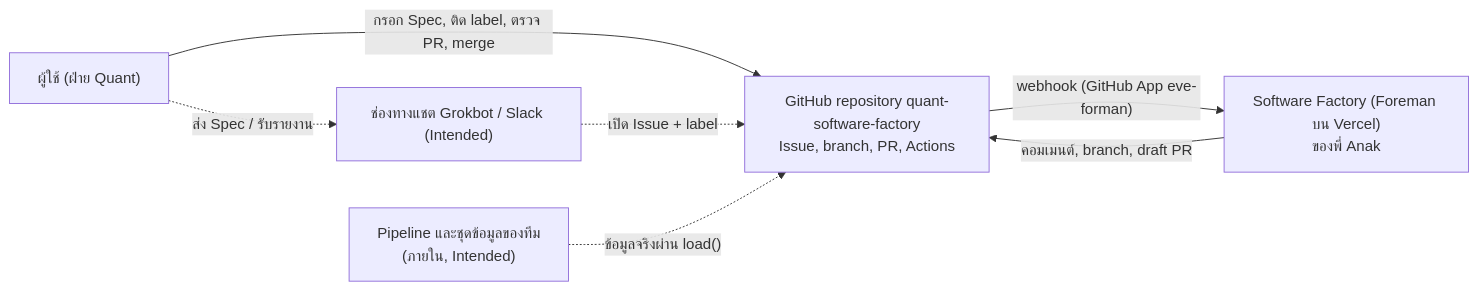
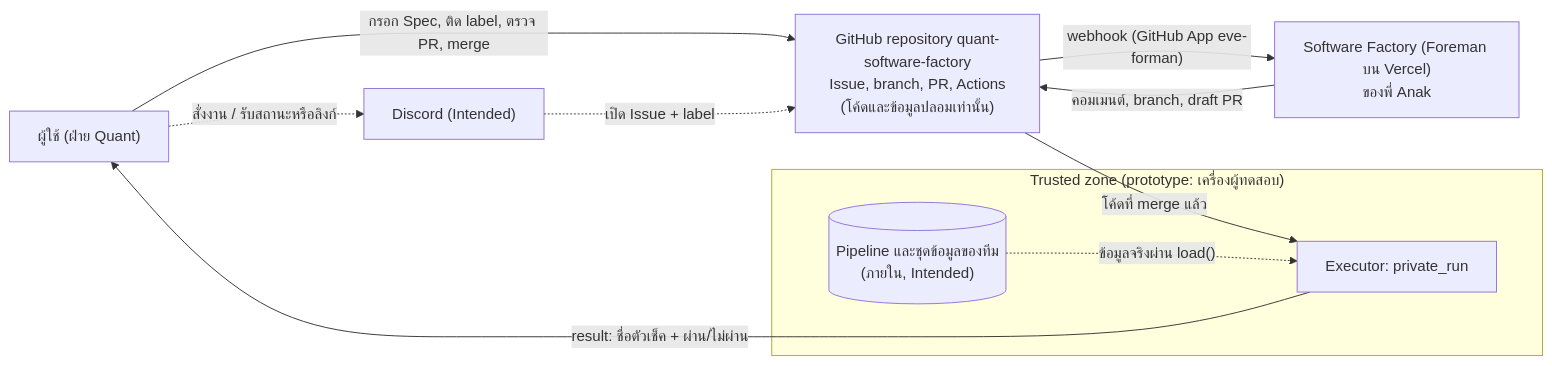
Before and after one commit to Awannaphasch2016/quant-software-factory: the third of 5 diagrams in docs/4-software-design.md, drawn with Mermaid. The commit also changed other lines of this file and 6 other files, not shown here.

````diff
--- a/docs/4-software-design.md
+++ b/docs/4-software-design.md
@@ -263,14 +264,19 @@
 ```mermaid
 flowchart LR
   U["ผู้ใช้ (ฝ่าย Quant)"]
-  CH["ช่องทางแชต Grokbot / Slack (Intended)"]
-  GH["GitHub repository quant-software-factory<br/>Issue, branch, PR, Actions"]
+  CH["Discord (Intended)"]
+  GH["GitHub repository quant-software-factory<br/>Issue, branch, PR, Actions<br/>(โค้ดและข้อมูลปลอมเท่านั้น)"]
   F["Software Factory (Foreman บน Vercel)<br/>ของพี่ Anak"]
-  P["Pipeline และชุดข้อมูลของทีม<br/>(ภายใน, Intended)"]
+  subgraph TZ["Trusted zone (prototype: เครื่องผู้ทดสอบ)"]
+    EX["Executor: private_run"]
+    P[("Pipeline และชุดข้อมูลของทีม<br/>(ภายใน, Intended)")]
+  end
   U -- "กรอก Spec, ติด label, ตรวจ PR, merge" --> GH
-  U -. "ส่ง Spec / รับรายงาน" .-> CH
+  U -. "สั่งงาน / รับสถานะหรือลิงก์" .-> CH
   CH -. "เปิด Issue + label" .-> GH
   GH -- "webhook (GitHub App eve-forman)" --> F
   F -- "คอมเมนต์, branch, draft PR" --> GH
-  P -. "ข้อมูลจริงผ่าน load()" .-> GH
+  GH -- "โค้ดที่ merge แล้ว" --> EX
+  P -. "ข้อมูลจริงผ่าน load()" .-> EX
+  EX -- "result: ชื่อตัวเช็ค + ผ่าน/ไม่ผ่าน" --> U
 ```
````
